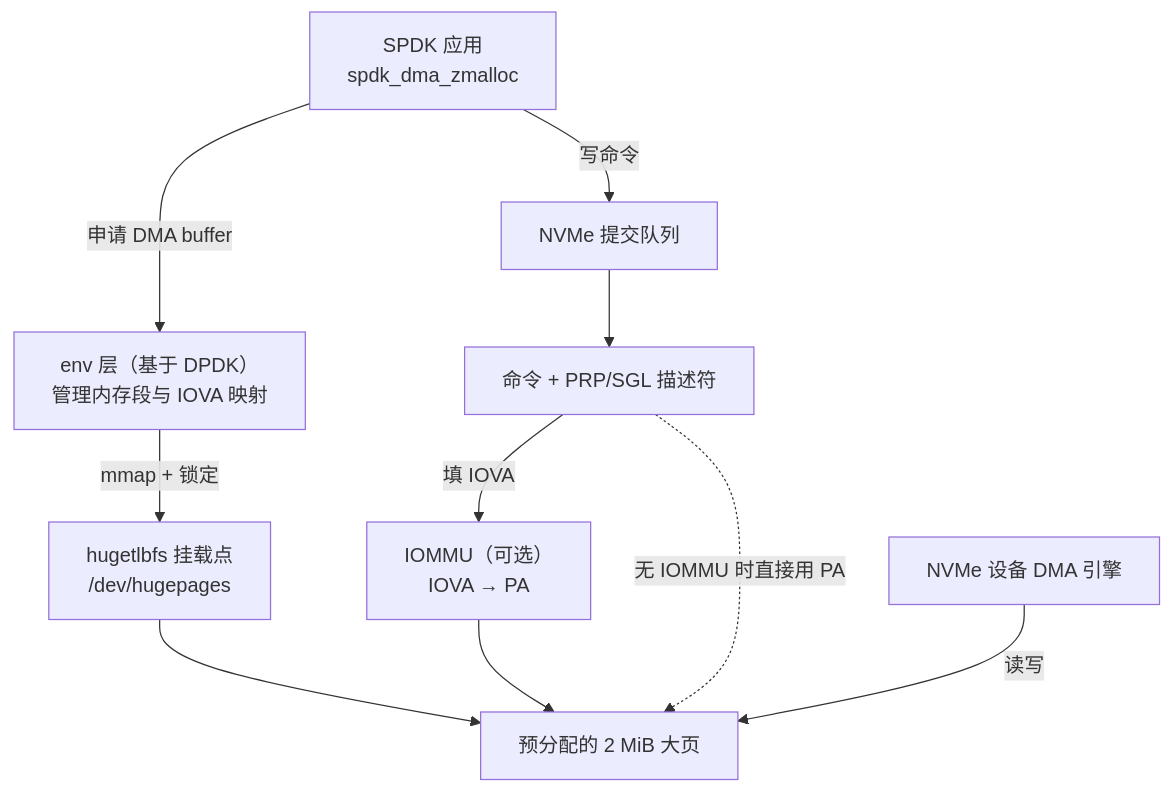
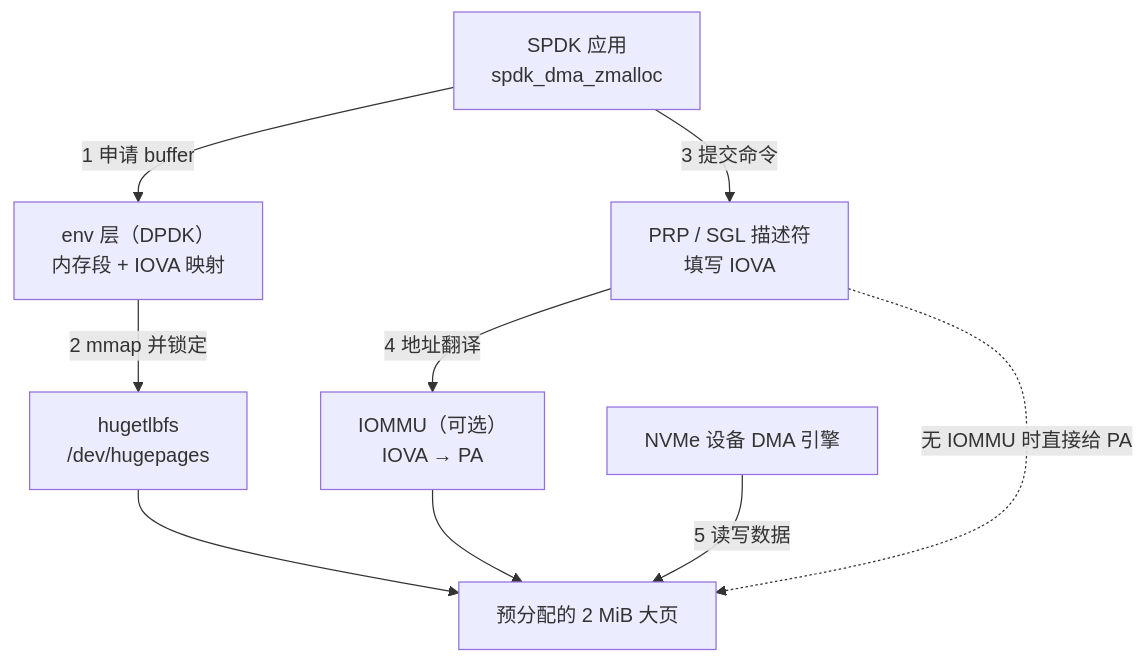
Before and after one commit to lnsyyj/lnsyyj.github.io: the second of 3 diagrams in _posts/2026-10-26-hugepage-spdk.md, drawn with Mermaid. The commit also changed other lines of this file, not shown here.

Commit message:
fix: 三张图改为窄版结构，避免被压缩成不可读的细条

````diff
--- a/_posts/2026-10-26-hugepage-spdk.md
+++ b/_posts/2026-10-26-hugepage-spdk.md
@@ -144,21 +137,19 @@
 ```mermaid
 flowchart TB
     APP["SPDK 应用<br/>spdk_dma_zmalloc"]
-    ENV["env 层（基于 DPDK）<br/>管理内存段与 IOVA 映射"]
-    HUGETLB["hugetlbfs 挂载点<br/>/dev/hugepages"]
+    ENV["env 层（DPDK）<br/>内存段 + IOVA 映射"]
+    HUG["hugetlbfs<br/>/dev/hugepages"]
     MEM["预分配的 2 MiB 大页"]
-    RING["NVMe 提交队列"]
-    DESC["命令 + PRP/SGL 描述符"]
+    DESC["PRP / SGL 描述符<br/>填写 IOVA"]
     IOMMU["IOMMU（可选）<br/>IOVA → PA"]
     DEV["NVMe 设备 DMA 引擎"]
 
-    APP -->|"申请 DMA buffer"| ENV
-    ENV -->|"mmap + 锁定"| HUGETLB
-    HUGETLB --> MEM
-    APP -->|"写命令"| RING
-    RING --> DESC
-    DESC -->|"填 IOVA"| IOMMU
+    APP -->|"1 申请 buffer"| ENV
+    ENV -->|"2 mmap 并锁定"| HUG
+    HUG --> MEM
+    APP -->|"3 提交命令"| DESC
+    DESC -->|"4 地址翻译"| IOMMU
     IOMMU --> MEM
-    DESC -.->|"无 IOMMU 时直接用 PA"| MEM
-    DEV -->|"读写"| MEM
+    DEV -->|"5 读写数据"| MEM
+    DESC -.->|"无 IOMMU 时直接给 PA"| MEM
 ```
````
